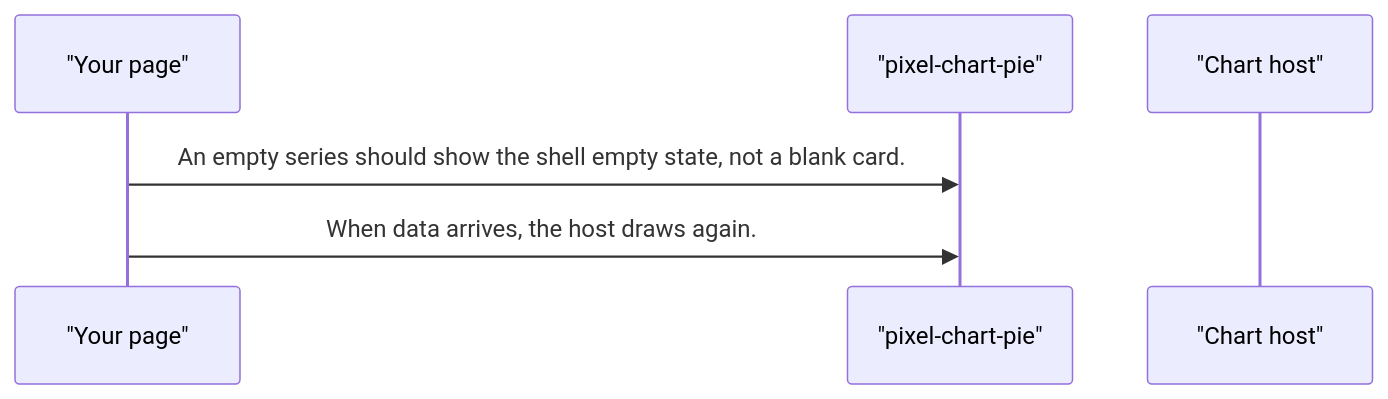
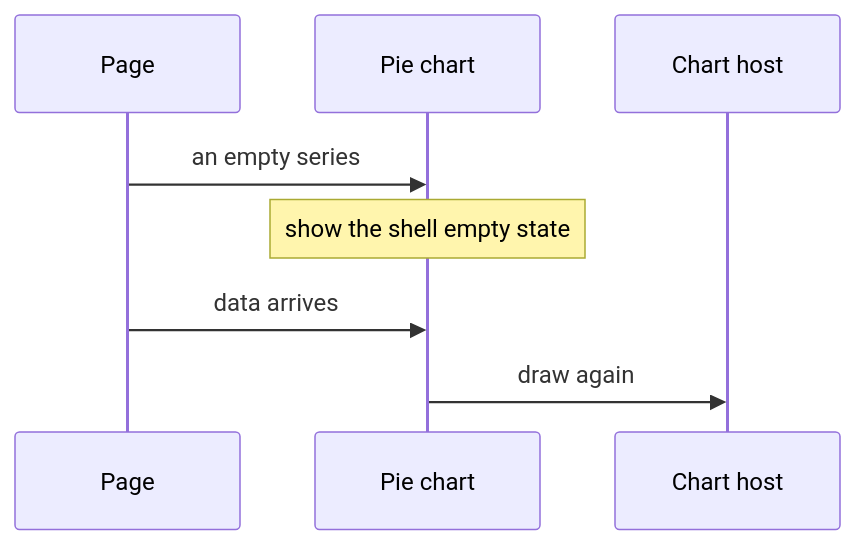
One commit to RajshekharBorate/pixel-ui changed the third of 5 diagrams in projects/pixel-ui/src/lib/pixel-chart-pie/DESIGN.md. Above: the diagram before and after it, drawn with Mermaid. The commit also changed other lines of this file and 73 other files, not shown here.

Commit message:
Explain who owns each value and what each flow does in every component and service design.

````diff
--- a/projects/pixel-ui/src/lib/pixel-chart-pie/DESIGN.md
+++ b/projects/pixel-ui/src/lib/pixel-chart-pie/DESIGN.md
@@ -71,8 +89,10 @@
 ```mermaid
 sequenceDiagram
-  participant page as "Your page"
-  participant plot as "pixel-chart-pie"
-  participant host as "Chart host"
-  page->>plot: An empty series should show the shell empty state, not a blank card.
-  page->>plot: When data arrives, the host draws again.
+  participant Page
+  participant Plot as Pie chart
+  participant Host as Chart host
+  Page->>Plot: an empty series
+  Note over Plot: show the shell empty state
+  Page->>Plot: data arrives
+  Plot->>Host: draw again
 ```
````
